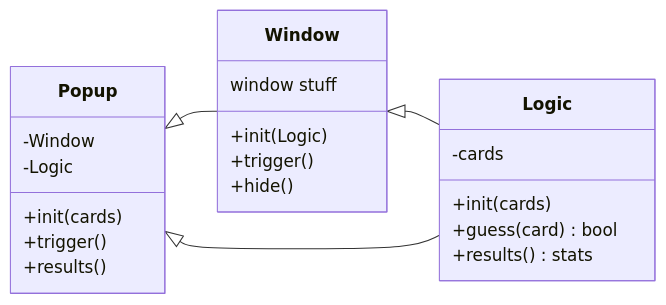
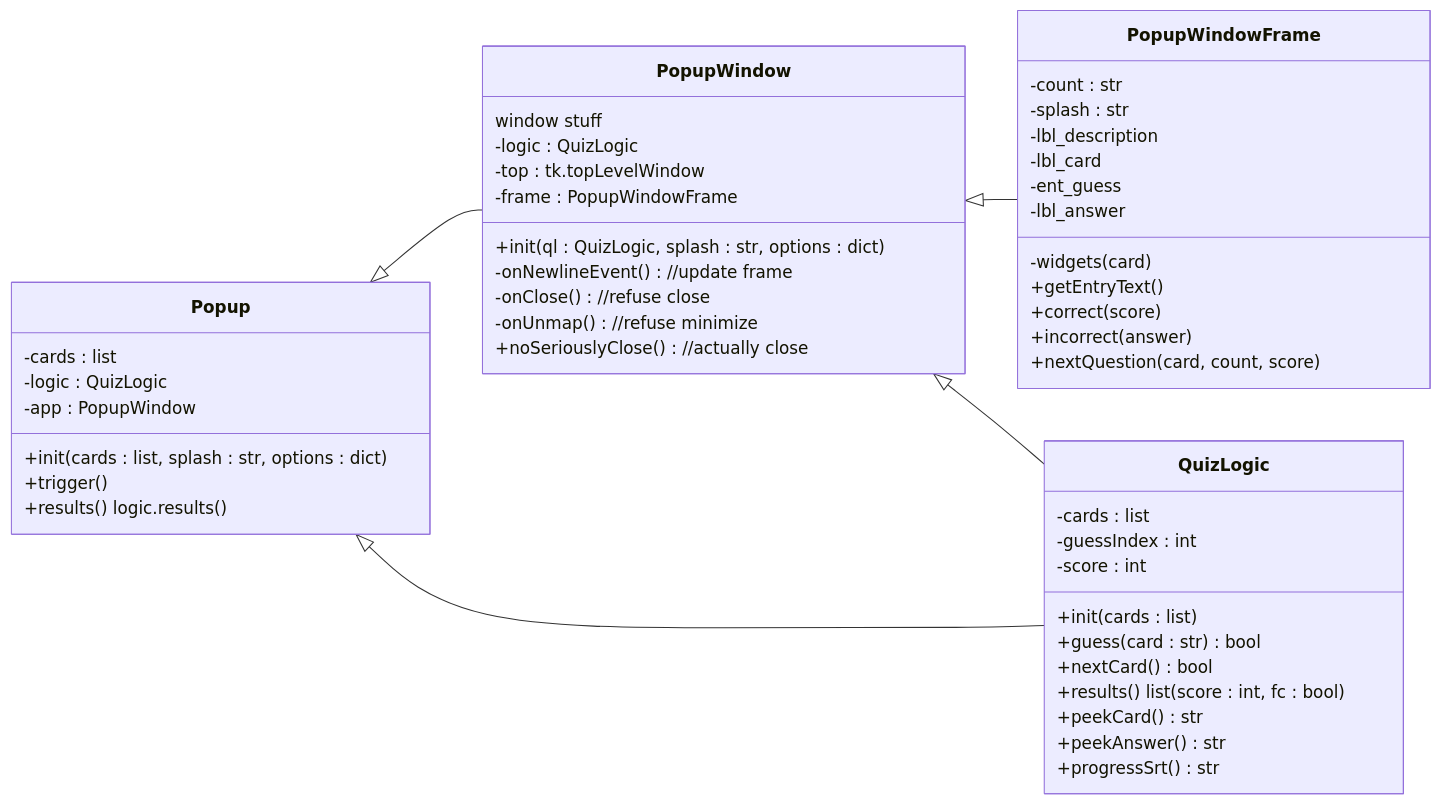
One commit to 24adamcho/sudden-flash-card-event changed the first of 4 diagrams in docs/classdiagram.md. Above: the diagram before and after it, drawn with Mermaid. The commit also changed other lines of this file, not shown here.

Commit message:
class diagram updated

````diff
--- a/docs/classdiagram.md
+++ b/docs/classdiagram.md
@@ -4,27 +4,57 @@
 ```mermaid
 classDiagram
 direction LR
-    class Logic{
-        -cards
-        +init(cards)
-        +guess(card) bool
-        +results() stats
+    class QuizLogic{
+        -cards : list
+        -guessIndex : int
+        -score : int
+
+        +init(cards : list)
+        +guess(card : str) bool
+        +nextCard() bool
+        +results() list (score : int, fc : bool)
+        +peekCard() str
+        +peekAnswer() str
+        +progressSrt() str
     }
-    class Window{
+    class PopupWindow{
         window stuff
-        +init(Logic)
-        +trigger()
-        +hide()
+        -logic : QuizLogic
+        -top : tk.topLevelWindow
+        -frame : PopupWindowFrame
+
+        +init(ql : QuizLogic, splash : str, options : dict)
+        -onNewlineEvent() //update frame
+        -onClose() //refuse close
+        -onUnmap() //refuse minimize
+        +noSeriouslyClose() //actually close
+    }
+    class PopupWindowFrame{
+        -count : str
+        -splash : str
+
+        -lbl_description
+        -lbl_card
+        -ent_guess
+        -lbl_answer
+        -widgets(card)
+
+        +getEntryText()
+        +correct(score)
+        +incorrect(answer)
+        +nextQuestion(card, count, score)
     }
     class Popup{
-        -Window
-        -Logic
-        +init(cards)
+        -cards : list
+        -logic : QuizLogic
+        -app : PopupWindow
+        +init(cards : list, splash : str, options : dict)
         +trigger()
-        +results()
+        +results() logic.results()
     }
 
-    Popup <|-- Window
-    Window <|-- Logic
-    Popup <|-- Logic
+    Popup <|-- PopupWindow
+    PopupWindow <|-- PopupWindowFrame
+    PopupWindow <|-- QuizLogic
+    Popup <|-- QuizLogic
 ```
````
